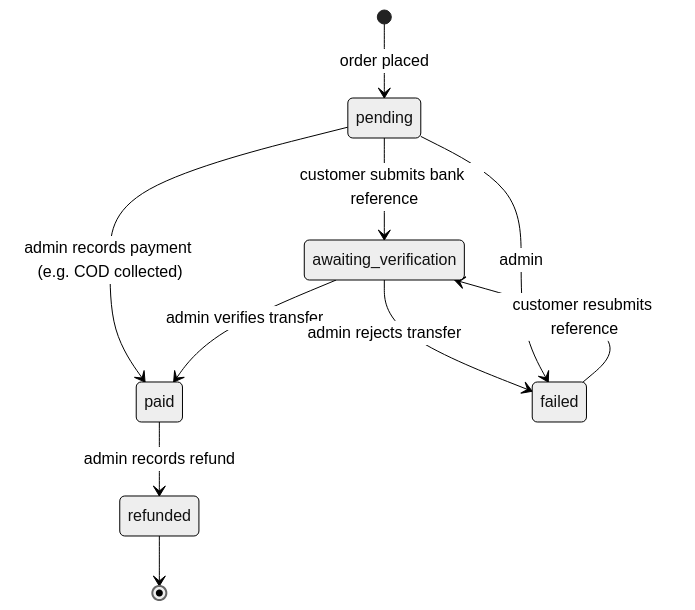
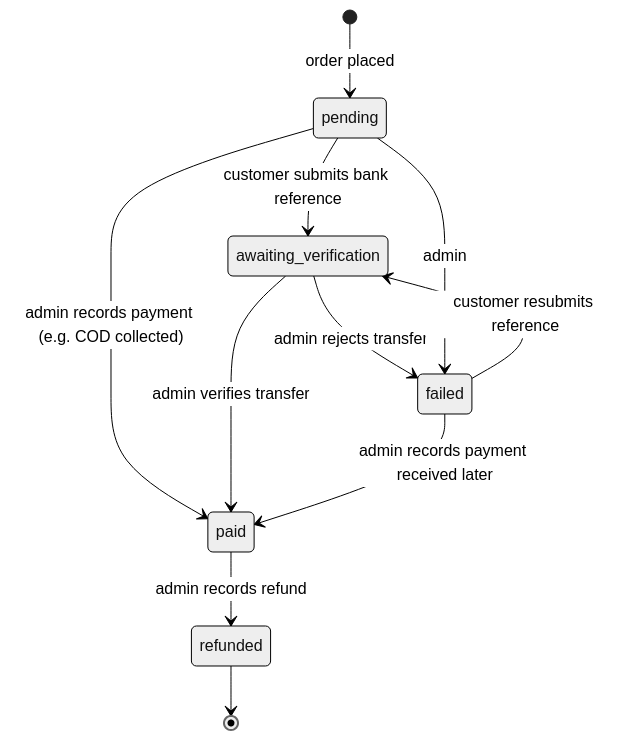
Before and after one commit to mafras-creator/giftaura: the fourth of 4 diagrams in docs/02-architecture.md, drawn with Mermaid (neutral theme). The commit also changed 13 other files, not shown here.

````diff
--- a/docs/02-architecture.md
+++ b/docs/02-architecture.md
@@ -130,12 +130,13 @@
 ```mermaid
 stateDiagram-v2
     [*] --> pending : order placed
     pending --> awaiting_verification : customer submits bank reference
     pending --> paid : admin records payment (e.g. COD collected)
     awaiting_verification --> paid : admin verifies transfer
     awaiting_verification --> failed : admin rejects transfer
     pending --> failed : admin
     failed --> awaiting_verification : customer resubmits reference
+    failed --> paid : admin records payment received later
     paid --> refunded : admin records refund
     refunded --> [*]
 ```
````
